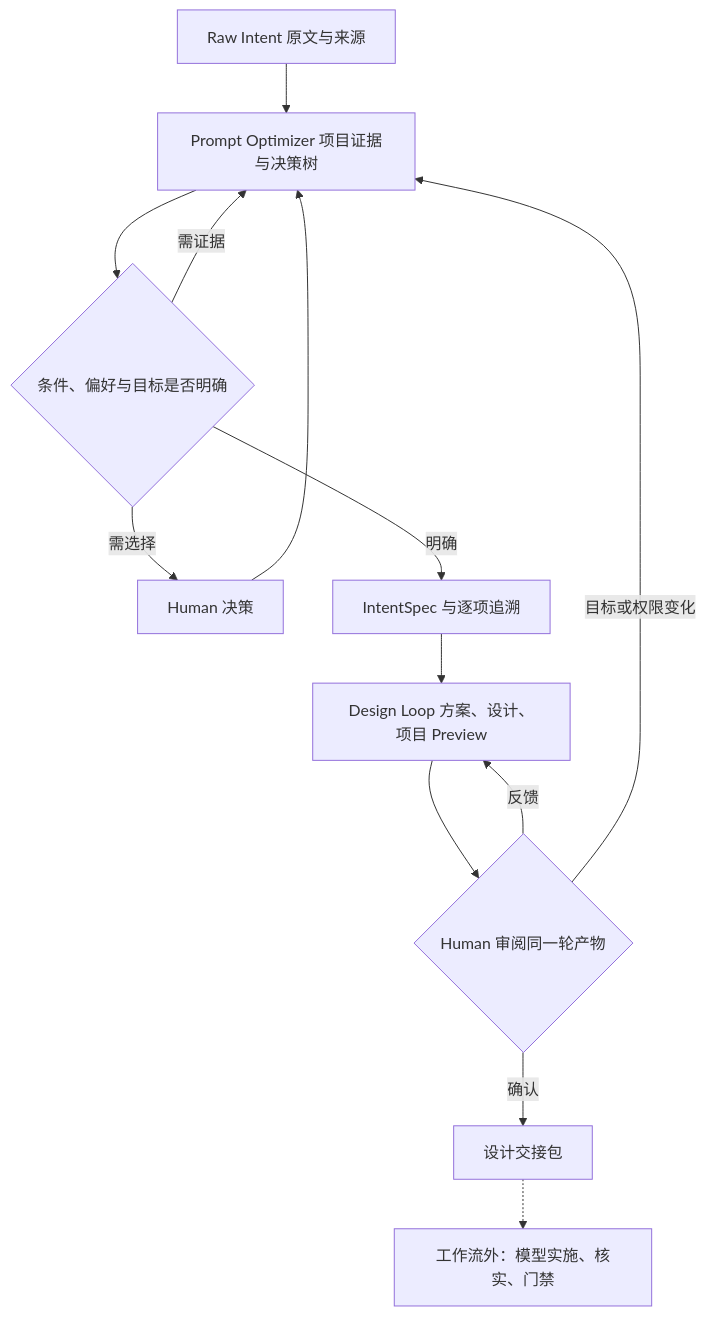
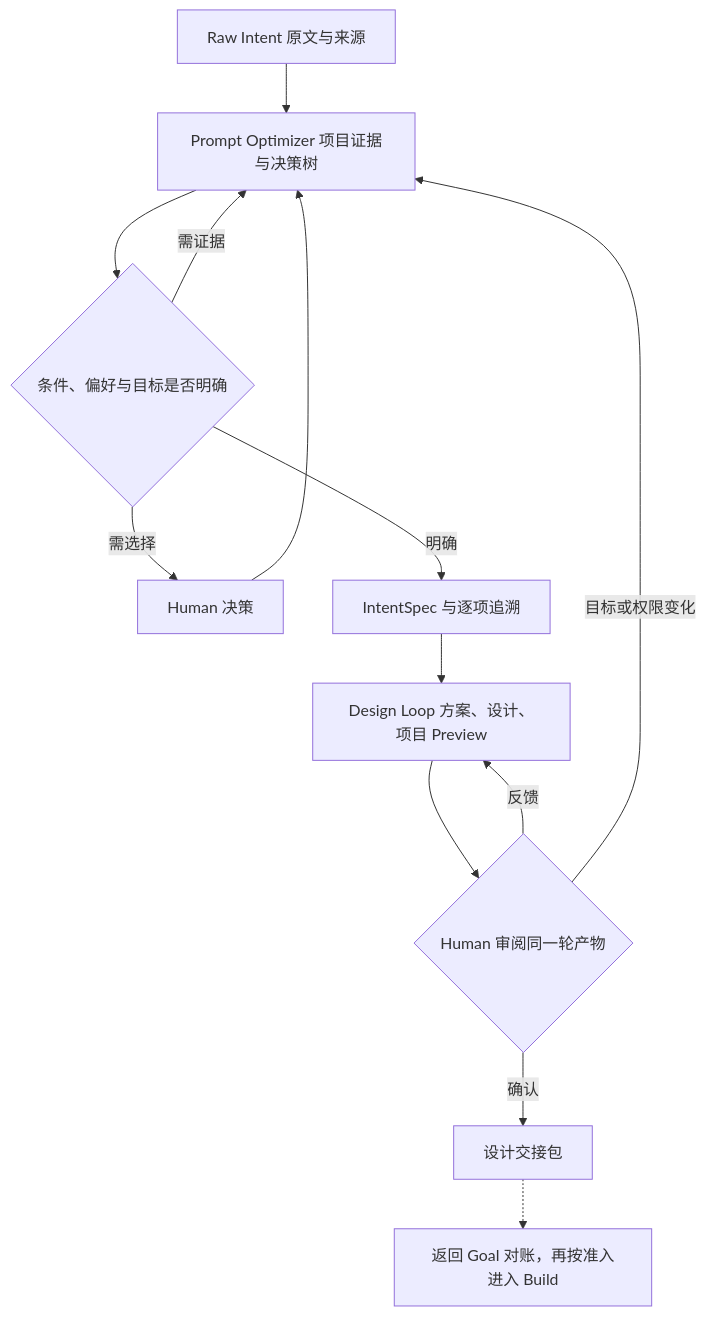
Before and after one commit to hvritual/cs-biz: the diagram in .agents/skills/sdlc-design/references/intent-design-v2.md, drawn with Mermaid. The commit also changed other lines of this file and 188 other files, not shown here.

````diff
--- a/.agents/skills/sdlc-design/references/intent-design-v2.md
+++ b/.agents/skills/sdlc-design/references/intent-design-v2.md
@@ -7,15 +7,15 @@
 ```mermaid
 flowchart TD
     A["Raw Intent 原文与来源"] --> B["Prompt Optimizer 项目证据与决策树"]
     B --> C{"条件、偏好与目标是否明确"}
     C -->|需证据| B
     C -->|需选择| H["Human 决策"]
     H --> B
     C -->|明确| D["IntentSpec 与逐项追溯"]
     D --> E["Design Loop 方案、设计、项目 Preview"]
     E --> F{"Human 审阅同一轮产物"}
     F -->|反馈| E
     F -->|目标或权限变化| B
     F -->|确认| G["设计交接包"]
-    G -.-> X["工作流外：模型实施、核实、门禁"]
+    G -.-> X["返回 Goal 对账，再按准入进入 Build"]
 ```
````
